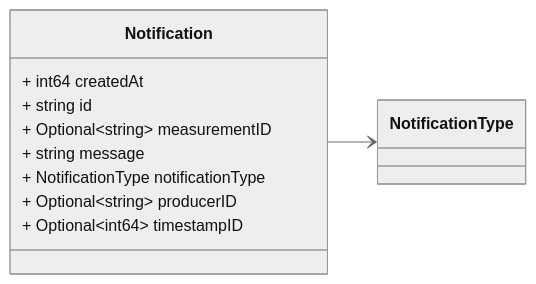
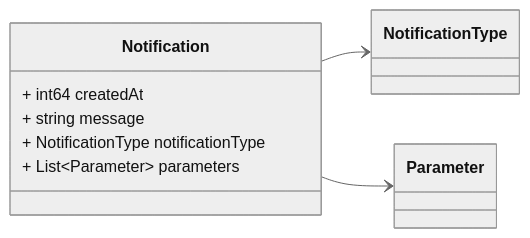
Before and after one commit to zaphiro-technologies/protobuf: the fifth of 5 diagrams in docs/task.proto.md, drawn with Mermaid (neutral theme). The commit also changed other lines of this file and 17 other files, not shown here.

First line of the commit message:
Refactor protobuffer to align with architecture discussion (#9)

````diff
--- a/docs/task.proto.md
+++ b/docs/task.proto.md
@@ -101,18 +114,16 @@
 ```mermaid
 classDiagram
 direction LR
 
-%% A notification message. Headers used in rabbitMQ: `notificationType` `producerId` `timestampID`
+%% A notification message. Headers used in rabbitMQ: * `id`: id of the `Notification` * `type`: always `Notification` * `producerId`: the id of the producer (e.g. a PMU) linked to the notification. * `timestampId`: related measurement Unix msec timestamp (if any) * `notificationType`: The textual representation of the notification type.
 
 class Notification {
   + int64 createdAt
-  + string id
-  + Optional~string~ measurementID
   + string message
   + NotificationType notificationType
-  + Optional~string~ producerID
-  + Optional~int64~ timestampID
+  + List~Parameter~ parameters
 }
 Notification --> `NotificationType`
+Notification --> `Parameter`
 
 ```
````
